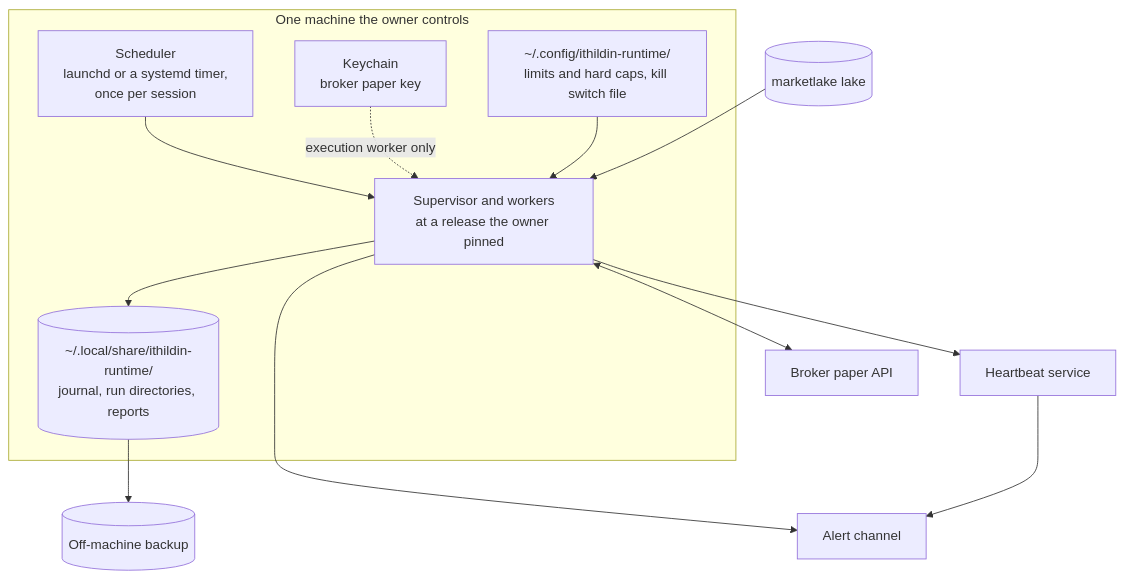
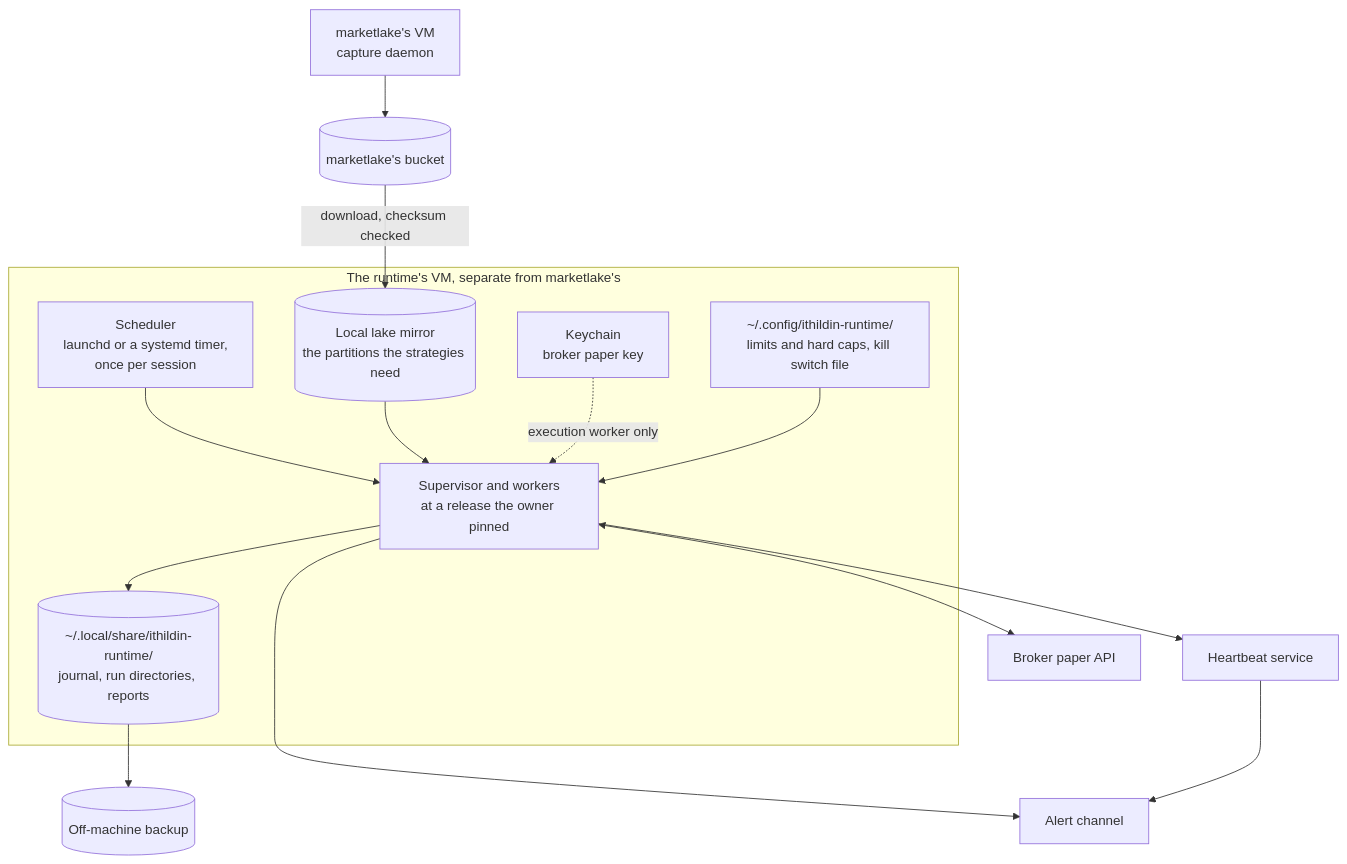
Diagram 15 of 16 in docs/architecture.md (l3a0/ithildin-runtime), drawn with Mermaid before and after one commit. The commit also changed other lines of this file and 2 other files, not shown here.

````diff
--- a/docs/architecture.md
+++ b/docs/architecture.md
@@ -1351,26 +1382,30 @@
 ```mermaid
 flowchart TB
-    subgraph host["One machine the owner controls"]
+    subgraph host["The runtime's VM, separate from marketlake's"]
         timer["Scheduler<br/>launchd or a systemd timer,<br/>once per session"]
         run["Supervisor and workers<br/>at a release the owner pinned"]
         keychain["Keychain<br/>broker paper key"]
         cfg["~/.config/ithildin-runtime/<br/>limits and hard caps, kill switch file"]
         store[("~/.local/share/ithildin-runtime/<br/>journal, run directories, reports")]
+        mirror[("Local lake mirror<br/>the partitions the strategies need")]
         timer --> run
+        mirror --> run
         keychain -. "execution worker only" .-> run
         cfg --> run
         run --> store
     end
-    lake[("marketlake lake")]
+    mlvm["marketlake's VM<br/>capture daemon"]
+    lake[("marketlake's bucket")]
     broker["Broker paper API"]
     backup[("Off-machine backup")]
     beat["Heartbeat service"]
     alerts["Alert channel"]
 
-    lake --> run
+    mlvm --> lake
+    lake -->|"download, checksum checked"| mirror
     run <--> broker
     store --> backup
     run --> beat
     run --> alerts
     beat --> alerts
 ```
````
